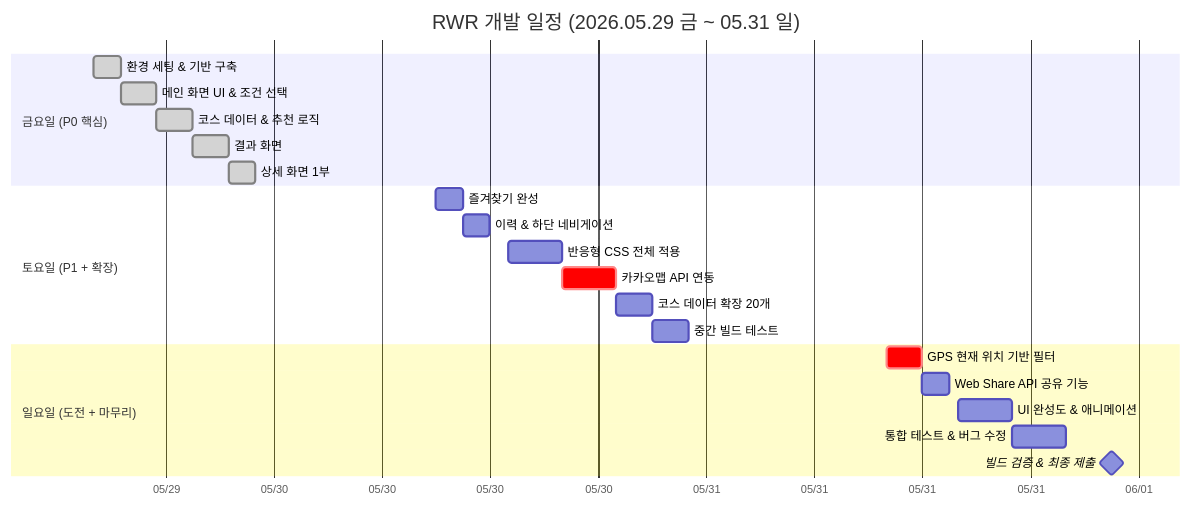
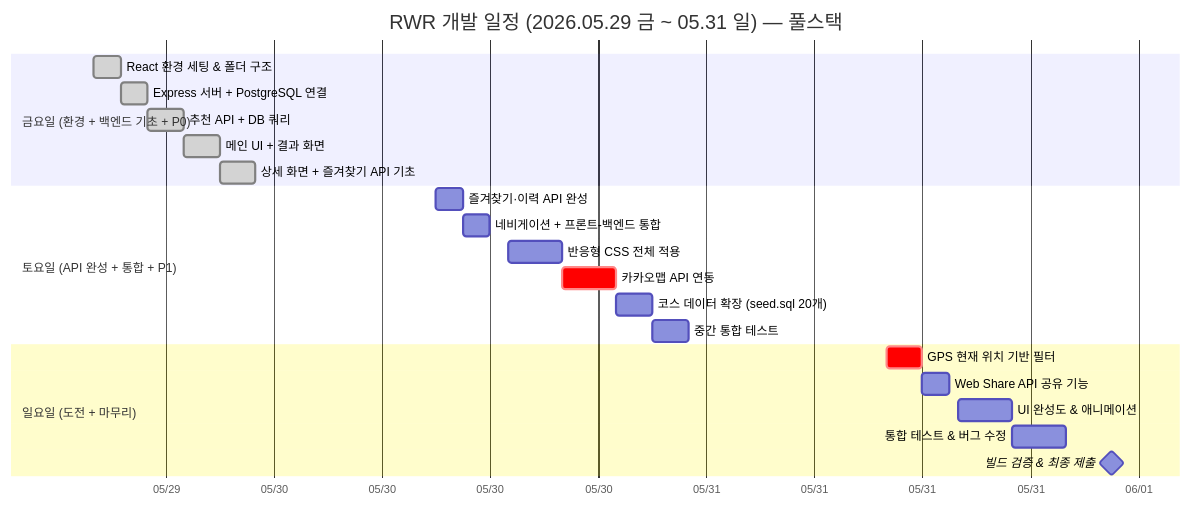
The first of 2 diagrams in docs/08-schedule.md (yellow-pang/RWR-mini-project), drawn with Mermaid before and after one commit. The commit also changed other lines of this file and 3 other files, not shown here.

````diff
--- a/docs/08-schedule.md
+++ b/docs/08-schedule.md
@@ -62,28 +63,28 @@
 ```mermaid
 gantt
-    title RWR 개발 일정 (2026.05.29 금 ~ 05.31 일)
+    title RWR 개발 일정 (2026.05.29 금 ~ 05.31 일) — 풀스택
     dateFormat YYYY-MM-DD HH:mm
     axisFormat %m/%d
 
-    section 금요일 (P0 핵심)
-    환경 세팅 & 기반 구축         :done, setup,    2026-05-29 14:00, 90m
-    메인 화면 UI & 조건 선택      :done, main,     2026-05-29 15:30, 120m
-    코스 데이터 & 추천 로직       :done, logic,    2026-05-29 17:30, 120m
-    결과 화면                     :done, result,   2026-05-29 19:30, 120m
-    상세 화면 1부                 :done, detail1,  2026-05-29 21:30, 90m
+    section 금요일 (환경 + 백엔드 기초 + P0)
+    React 환경 세팅 & 폴더 구조     :done, setup_f,  2026-05-29 14:00, 90m
+    Express 서버 + PostgreSQL 연결  :done, setup_b,  2026-05-29 15:30, 90m
+    추천 API + DB 쿼리              :done, api1,     2026-05-29 17:00, 120m
+    메인 UI + 결과 화면             :done, ui1,      2026-05-29 19:00, 120m
+    상세 화면 + 즐겨찾기 API 기초   :done, detail1,  2026-05-29 21:00, 120m
 
-    section 토요일 (P1 + 확장)
-    즐겨찾기 완성                 :detail2,        2026-05-30 09:00, 90m
-    이력 & 하단 네비게이션        :history,        2026-05-30 10:30, 90m
-    반응형 CSS 전체 적용          :responsive,     2026-05-30 13:00, 180m
-    카카오맵 API 연동             :crit, map,      2026-05-30 16:00, 180m
-    코스 데이터 확장 20개         :data,           2026-05-30 19:00, 120m
-    중간 빌드 테스트              :test1,          2026-05-30 21:00, 120m
+    section 토요일 (API 완성 + 통합 + P1)
+    즐겨찾기·이력 API 완성          :detail2,        2026-05-30 09:00, 90m
+    네비게이션 + 프론트-백엔드 통합 :history,        2026-05-30 10:30, 90m
+    반응형 CSS 전체 적용            :responsive,     2026-05-30 13:00, 180m
+    카카오맵 API 연동               :crit, map,      2026-05-30 16:00, 180m
+    코스 데이터 확장 (seed.sql 20개):data,           2026-05-30 19:00, 120m
+    중간 통합 테스트                :test1,          2026-05-30 21:00, 120m
 
     section 일요일 (도전 + 마무리)
-    GPS 현재 위치 기반 필터       :crit, gps,      2026-05-31 10:00, 120m
-    Web Share API 공유 기능       :share,          2026-05-31 12:00, 90m
-    UI 완성도 & 애니메이션        :ui,             2026-05-31 14:00, 180m
-    통합 테스트 & 버그 수정       :test2,          2026-05-31 17:00, 180m
-    빌드 검증 & 최종 제출         :milestone, submit, 2026-05-31 21:00, 180m
+    GPS 현재 위치 기반 필터         :crit, gps,      2026-05-31 10:00, 120m
+    Web Share API 공유 기능         :share,          2026-05-31 12:00, 90m
+    UI 완성도 & 애니메이션          :ui,             2026-05-31 14:00, 180m
+    통합 테스트 & 버그 수정         :test2,          2026-05-31 17:00, 180m
+    빌드 검증 & 최종 제출           :milestone, submit, 2026-05-31 21:00, 180m
 ```
````
